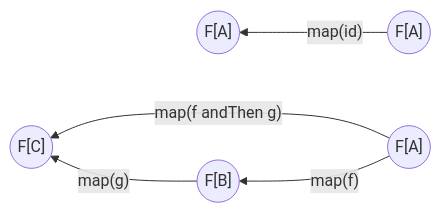
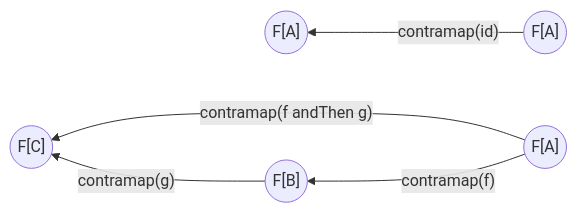
Before and after one commit to lemastero/scala_typeclassopedia: the second of 2 diagrams in Contravariant.MD, drawn with Mermaid.

Commit message:
fix map to contramap in mermaid diagram for contravariant functors

````diff
--- a/Contravariant.MD
+++ b/Contravariant.MD
@@ -91,6 +91,6 @@
 ```mermaid
 flowchart RL
-  FA1(("F[A]")) --"map(id)"--> FA2(("F[A]"))
-  FA(("F[A]")) --"map(f andThen g)"--> FC(("F[C]"))
-  FA(("F[A]")) --"map(f)"--> FB(("F[B]"))--"map(g)"--> FC(("F[C]"))
+  FA1(("F[A]")) --"contramap(id)"--> FA2(("F[A]"))
+  FA(("F[A]")) --"contramap(f andThen g)"--> FC(("F[C]"))
+  FA(("F[A]")) --"contramap(f)"--> FB(("F[B]"))--"contramap(g)"--> FC(("F[C]"))
 ```
````
